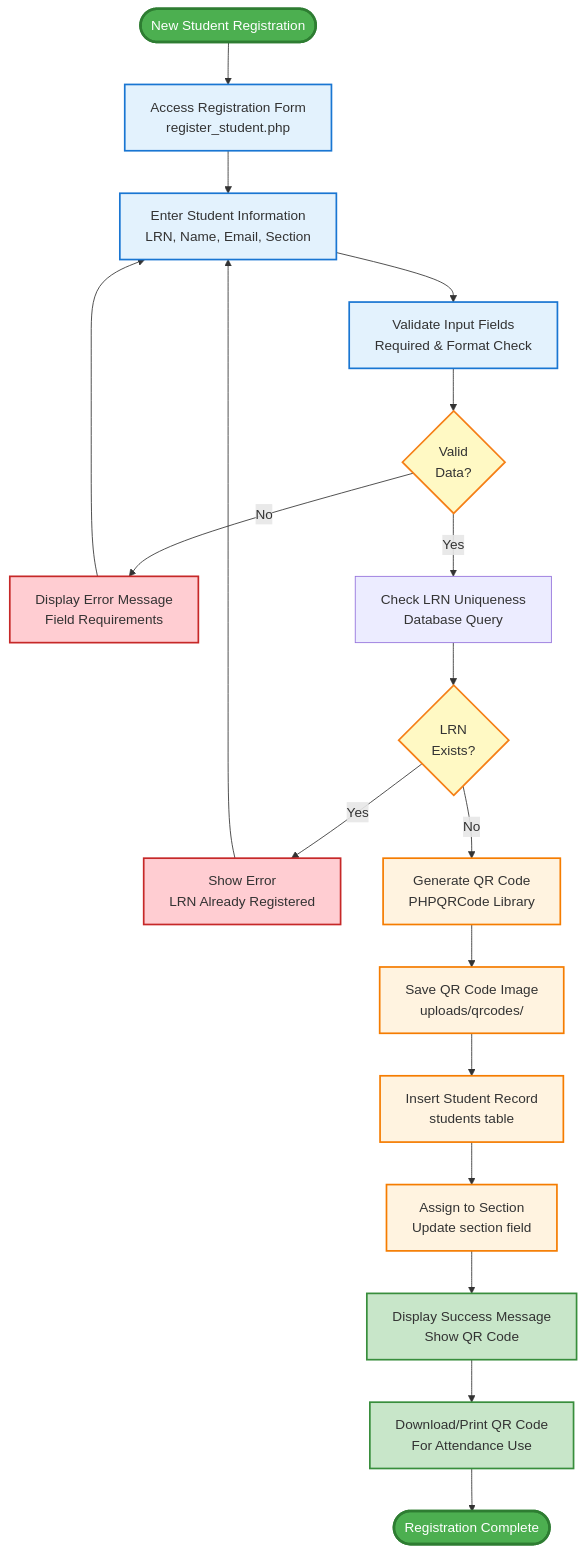
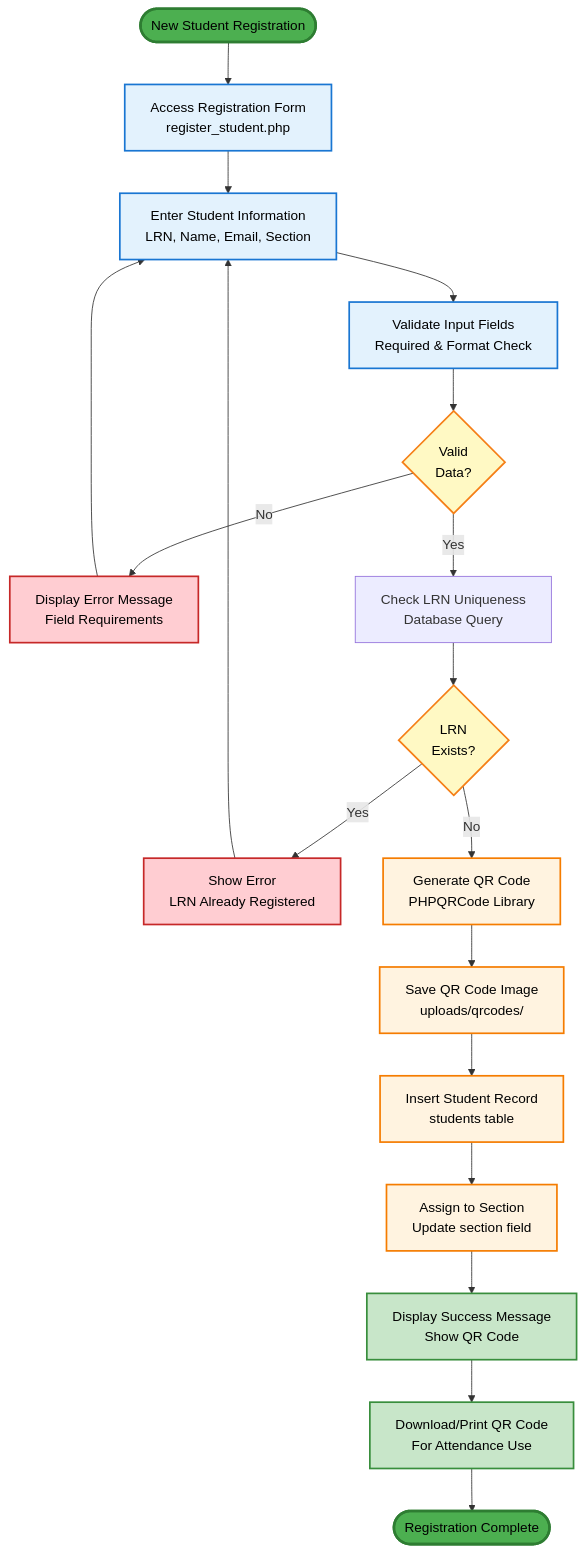
Before and after one commit to TsmHabib03/Academy-of-St.Joseph-Claveria-Cagayan-Inc.-Attendance-Checker: the fourth of 8 diagrams in GENERAL_PROCEDURE_FLOWCHART.md, drawn with Mermaid. The commit also changed other lines of this file, not shown here.

Commit message:
Flowchart successfully Iniatialized and Complete

````diff
--- a/GENERAL_PROCEDURE_FLOWCHART.md
+++ b/GENERAL_PROCEDURE_FLOWCHART.md
@@ -114,50 +157,50 @@
 ```mermaid
 flowchart TD
     Start([New Student Registration]) --> A[Access Registration Form<br/>register_student.php]
     
     A --> B[Enter Student Information<br/>LRN, Name, Email, Section]
     
     B --> C[Validate Input Fields<br/>Required & Format Check]
     
     C --> D{Valid<br/>Data?}
     
     D -->|No| E[Display Error Message<br/>Field Requirements]
     D -->|Yes| F[Check LRN Uniqueness<br/>Database Query]
     
     E --> B
     
     F --> G{LRN<br/>Exists?}
     
     G -->|Yes| H[Show Error<br/>LRN Already Registered]
     G -->|No| I[Generate QR Code<br/>PHPQRCode Library]
     
     H --> B
     
     I --> J[Save QR Code Image<br/>uploads/qrcodes/]
     
     J --> K[Insert Student Record<br/>students table]
     
     K --> L[Assign to Section<br/>Update section field]
     
     L --> M[Display Success Message<br/>Show QR Code]
     
     M --> N[Download/Print QR Code<br/>For Attendance Use]
     
     N --> End([Registration Complete])
     
-    style Start fill:#4CAF50,stroke:#2E7D32,stroke-width:3px,color:#fff
-    style End fill:#4CAF50,stroke:#2E7D32,stroke-width:3px,color:#fff
-    style D fill:#FFF9C4,stroke:#F57F17,stroke-width:2px
-    style G fill:#FFF9C4,stroke:#F57F17,stroke-width:2px
-    style E fill:#FFCDD2,stroke:#C62828,stroke-width:2px
-    style H fill:#FFCDD2,stroke:#C62828,stroke-width:2px
-    style A fill:#E3F2FD,stroke:#1976D2,stroke-width:2px
-    style B fill:#E3F2FD,stroke:#1976D2,stroke-width:2px
-    style C fill:#E3F2FD,stroke:#1976D2,stroke-width:2px
-    style I fill:#FFF3E0,stroke:#F57C00,stroke-width:2px
-    style J fill:#FFF3E0,stroke:#F57C00,stroke-width:2px
-    style K fill:#FFF3E0,stroke:#F57C00,stroke-width:2px
-    style L fill:#FFF3E0,stroke:#F57C00,stroke-width:2px
-    style M fill:#C8E6C9,stroke:#388E3C,stroke-width:2px
-    style N fill:#C8E6C9,stroke:#388E3C,stroke-width:2px
+    style Start fill:#4CAF50,stroke:#2E7D32,stroke-width:3px,color:#000
+    style End fill:#4CAF50,stroke:#2E7D32,stroke-width:3px,color:#000
+    style D fill:#FFF9C4,stroke:#F57F17,stroke-width:2px,color:#000
+    style G fill:#FFF9C4,stroke:#F57F17,stroke-width:2px,color:#000
+    style E fill:#FFCDD2,stroke:#C62828,stroke-width:2px,color:#000
+    style H fill:#FFCDD2,stroke:#C62828,stroke-width:2px,color:#000
+    style A fill:#E3F2FD,stroke:#1976D2,stroke-width:2px,color:#000
+    style B fill:#E3F2FD,stroke:#1976D2,stroke-width:2px,color:#000
+    style C fill:#E3F2FD,stroke:#1976D2,stroke-width:2px,color:#000
+    style I fill:#FFF3E0,stroke:#F57C00,stroke-width:2px,color:#000
+    style J fill:#FFF3E0,stroke:#F57C00,stroke-width:2px,color:#000
+    style K fill:#FFF3E0,stroke:#F57C00,stroke-width:2px,color:#000
+    style L fill:#FFF3E0,stroke:#F57C00,stroke-width:2px,color:#000
+    style M fill:#C8E6C9,stroke:#388E3C,stroke-width:2px,color:#000
+    style N fill:#C8E6C9,stroke:#388E3C,stroke-width:2px,color:#000
 ```
````
